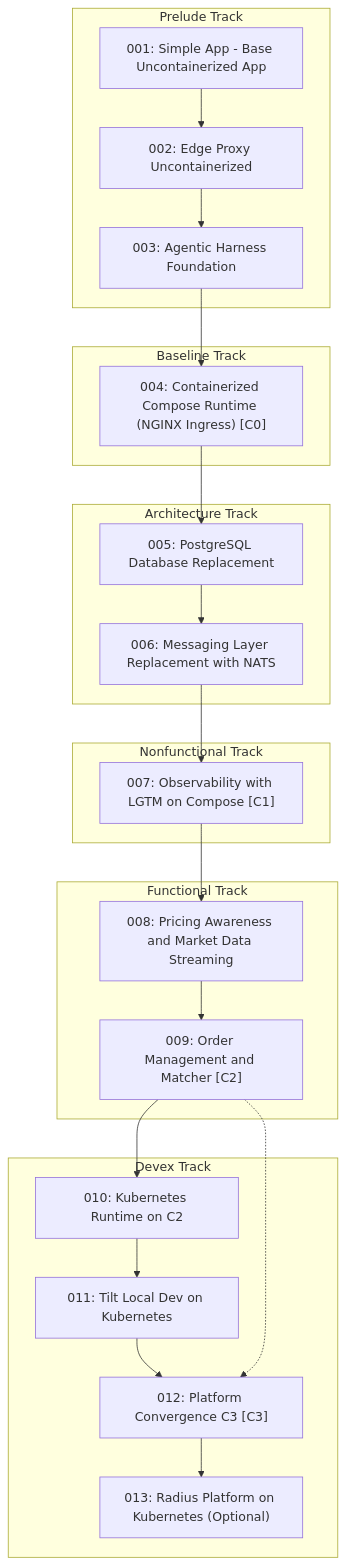
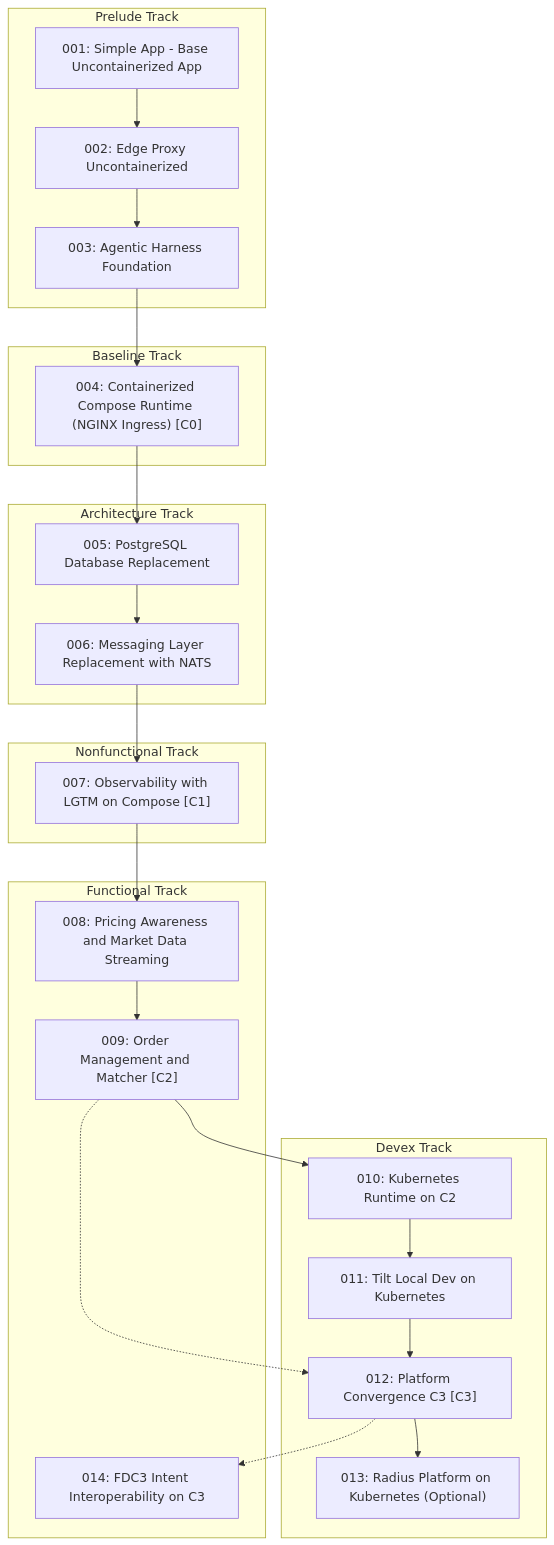
The third of 3 diagrams in docs/learning-paths/index.md (finos/traderX), drawn with Mermaid before and after one commit. The commit also changed other lines of this file and 74 other files, not shown here.

Commit message:
Add state 014 FDC3 interoperability pack and demo script docs

````diff
--- a/docs/learning-paths/index.md
+++ b/docs/learning-paths/index.md
@@ -104,42 +108,44 @@
 ```mermaid
 flowchart TB
   subgraph PRELUDE["Prelude Track"]
     S001_baseline_uncontainerized_parity["001: Simple App - Base Uncontainerized App"]
     S002_edge_proxy_uncontainerized["002: Edge Proxy Uncontainerized"]
     S003_agentic_harness_foundation["003: Agentic Harness Foundation"]
   end
   subgraph BASELINE["Baseline Track"]
     S004_containerized_compose_runtime["004: Containerized Compose Runtime (NGINX Ingress) [C0]"]
   end
   subgraph ARCHITECTURE["Architecture Track"]
     S005_postgres_database_replacement["005: PostgreSQL Database Replacement"]
     S006_messaging_nats_replacement["006: Messaging Layer Replacement with NATS"]
   end
   subgraph NONFUNCTIONAL["Nonfunctional Track"]
     S007_observability_lgtm_compose["007: Observability with LGTM on Compose [C1]"]
   end
   subgraph FUNCTIONAL["Functional Track"]
     S008_pricing_awareness_market_data["008: Pricing Awareness and Market Data Streaming"]
     S009_order_management_matcher["009: Order Management and Matcher [C2]"]
+    S014_fdc3_intent_interoperability["014: FDC3 Intent Interoperability on C3"]
   end
   subgraph DEVEX["Devex Track"]
     S010_kubernetes_runtime["010: Kubernetes Runtime on C2"]
     S011_tilt_kubernetes_dev_loop["011: Tilt Local Dev on Kubernetes"]
     S012_platform_convergence_c3["012: Platform Convergence C3 [C3]"]
     S013_radius_kubernetes_platform["013: Radius Platform on Kubernetes (Optional)"]
   end
   S001_baseline_uncontainerized_parity --> S002_edge_proxy_uncontainerized
   S002_edge_proxy_uncontainerized --> S003_agentic_harness_foundation
   S003_agentic_harness_foundation --> S004_containerized_compose_runtime
   S004_containerized_compose_runtime --> S005_postgres_database_replacement
   S005_postgres_database_replacement --> S006_messaging_nats_replacement
   S006_messaging_nats_replacement --> S007_observability_lgtm_compose
   S007_observability_lgtm_compose --> S008_pricing_awareness_market_data
   S008_pricing_awareness_market_data --> S009_order_management_matcher
   S009_order_management_matcher --> S010_kubernetes_runtime
   S010_kubernetes_runtime --> S011_tilt_kubernetes_dev_loop
   S011_tilt_kubernetes_dev_loop --> S012_platform_convergence_c3
   S012_platform_convergence_c3 --> S013_radius_kubernetes_platform
+  S012_platform_convergence_c3 -.-> S014_fdc3_intent_interoperability
   S009_order_management_matcher -.-> S012_platform_convergence_c3
   classDef convergence fill:#d7f5dd,stroke:#2e7d32,stroke-width:2px
 ```
````
